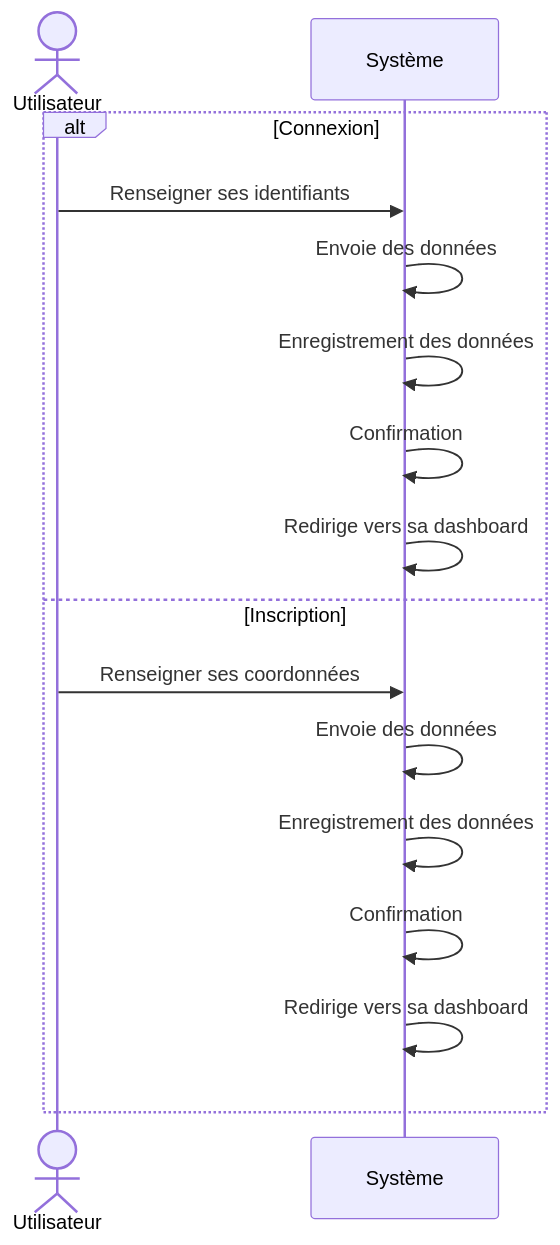
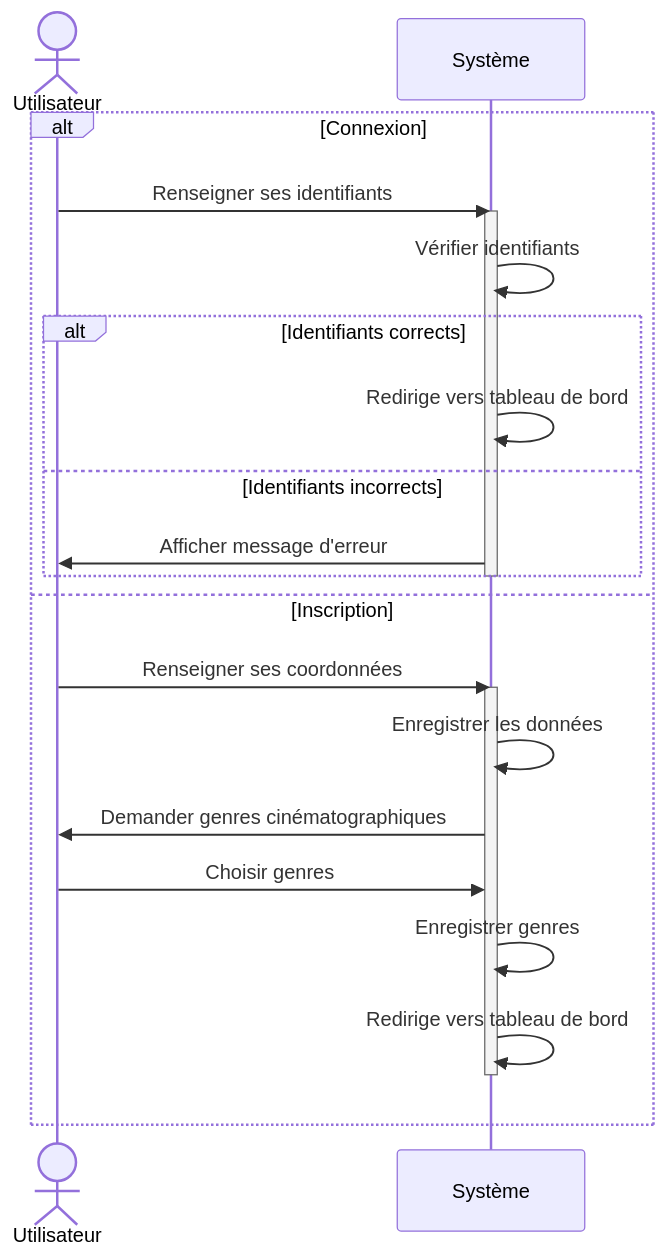
The diagram in docs/conception/sequence_diagrams/analysis/log_in-sign_in.md (St4r4x/MovieMania), drawn with Mermaid before and after one commit. The commit also changed 1 other file, not shown here.

Commit message:
chore: Update login and sign-in sequence diagram

````diff
--- a/docs/conception/sequence_diagrams/analysis/log_in-sign_in.md
+++ b/docs/conception/sequence_diagrams/analysis/log_in-sign_in.md
@@ -1,20 +1,26 @@
 ```mermaid
 sequenceDiagram
     actor Utilisateur
     participant Systeme as Système
 
     alt Connexion
         Utilisateur ->> Systeme: Renseigner ses identifiants
-        Systeme ->> Systeme: Envoie des données
-        Systeme ->> Systeme: Enregistrement des données
-        Systeme ->> Systeme: Confirmation
-        Systeme ->> Systeme: Redirige vers sa dashboard
+        activate Systeme
+        Systeme ->> Systeme: Vérifier identifiants
+        alt Identifiants corrects
+            Systeme ->> Systeme: Redirige vers tableau de bord
+        else Identifiants incorrects
+            Systeme ->> Utilisateur: Afficher message d'erreur
+        end
+        deactivate Systeme
     else Inscription
         Utilisateur ->> Systeme: Renseigner ses coordonnées
-        Systeme ->> Systeme: Envoie des données
-        Systeme ->> Systeme: Enregistrement des données
-        Systeme ->> Systeme: Confirmation
-        Systeme ->> Systeme: Redirige vers sa dashboard
+        activate Systeme
+        Systeme ->> Systeme: Enregistrer les données
+        Systeme ->> Utilisateur: Demander genres cinématographiques
+        Utilisateur ->> Systeme: Choisir genres
+        Systeme ->> Systeme: Enregistrer genres
+        Systeme ->> Systeme: Redirige vers tableau de bord
+        deactivate Systeme
     end
-
 ```
````
